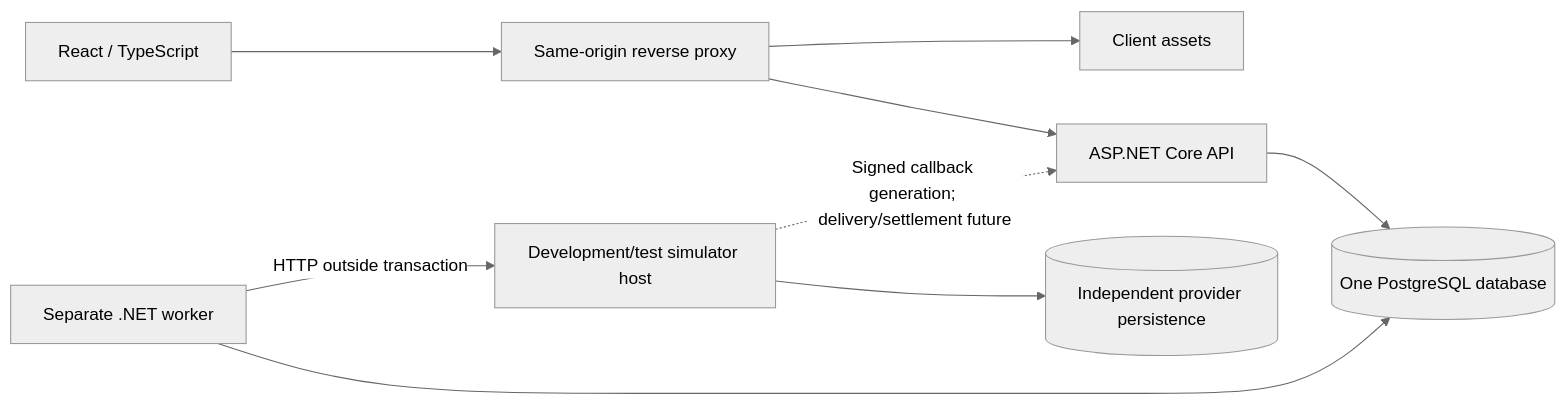
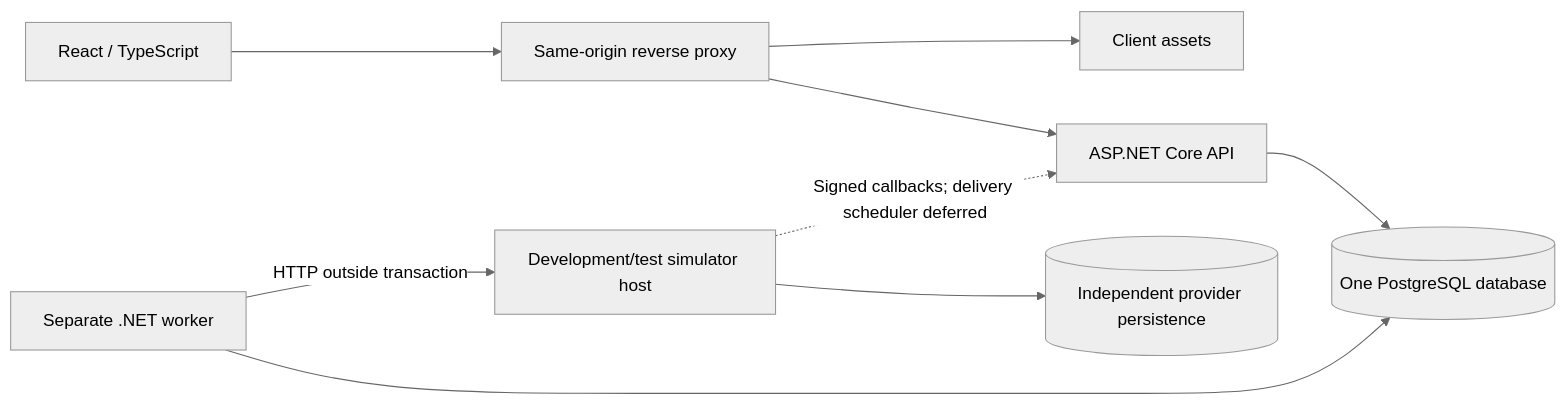
Before and after one commit to haiduong312/OrderFlow: the diagram in docs/architecture.md, drawn with Mermaid (neutral theme). The commit also changed other lines of this file and 43 other files, not shown here.

Commit message:
feat: settle signed payment callbacks and handle late captures

````diff
--- a/docs/architecture.md
+++ b/docs/architecture.md
@@ -7,11 +7,11 @@
 ```mermaid
 flowchart LR
     Browser[React / TypeScript] --> Proxy[Same-origin reverse proxy]
     Proxy --> Static[Client assets]
     Proxy --> API[ASP.NET Core API]
     API --> DB[(One PostgreSQL database)]
     Worker[Separate .NET worker] --> DB
     Worker -->|HTTP outside transaction| Gateway[Development/test simulator host]
     Gateway --> ProviderDB[(Independent provider persistence)]
-    Gateway -.->|Signed callback generation; delivery/settlement future| API
+    Gateway -.->|Signed callbacks; delivery scheduler deferred| API
 ```
````
